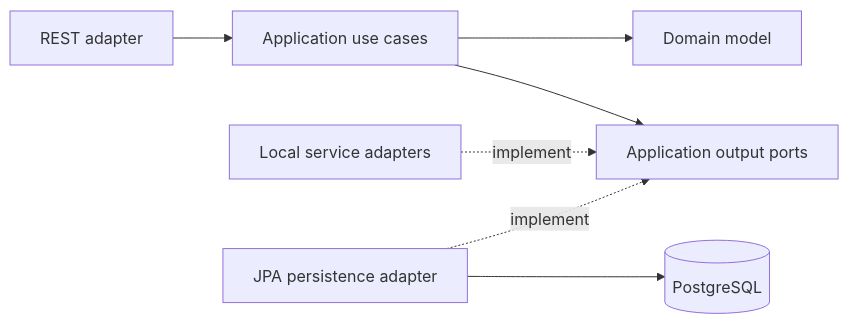
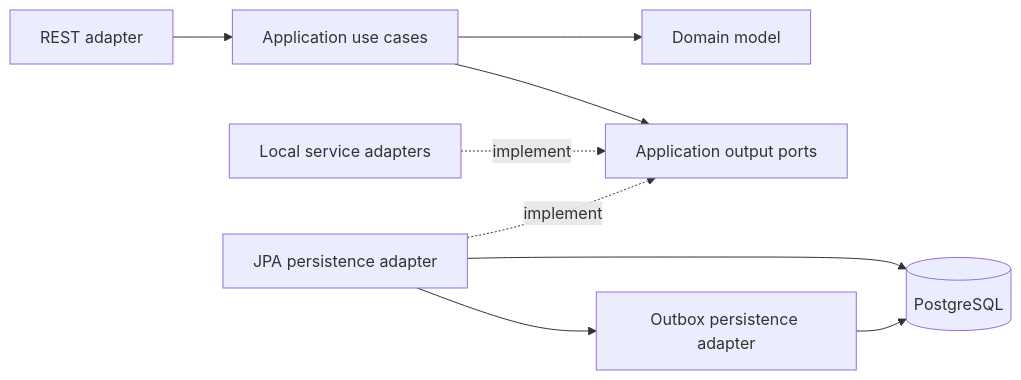
One commit to tmcly/credit-contract-manager changed the first of 4 diagrams in docs/architecture/overview.md. Above: the diagram before and after it, drawn with Mermaid. The commit also changed other lines of this file and 18 other files, not shown here.

````diff
--- a/docs/architecture/overview.md
+++ b/docs/architecture/overview.md
@@ -15,9 +15,11 @@
 ```mermaid
 flowchart LR
     HTTP["REST adapter"] --> APP["Application use cases"]
     APP --> DOMAIN["Domain model"]
     APP --> PORTS["Application output ports"]
     STUBS["Local service adapters"] -. implement .-> PORTS
     PERSISTENCE["JPA persistence adapter"] -. implement .-> PORTS
     PERSISTENCE --> PG[("PostgreSQL")]
+    OUTBOX["Outbox persistence adapter"] --> PG
+    PERSISTENCE --> OUTBOX
 ```
````
